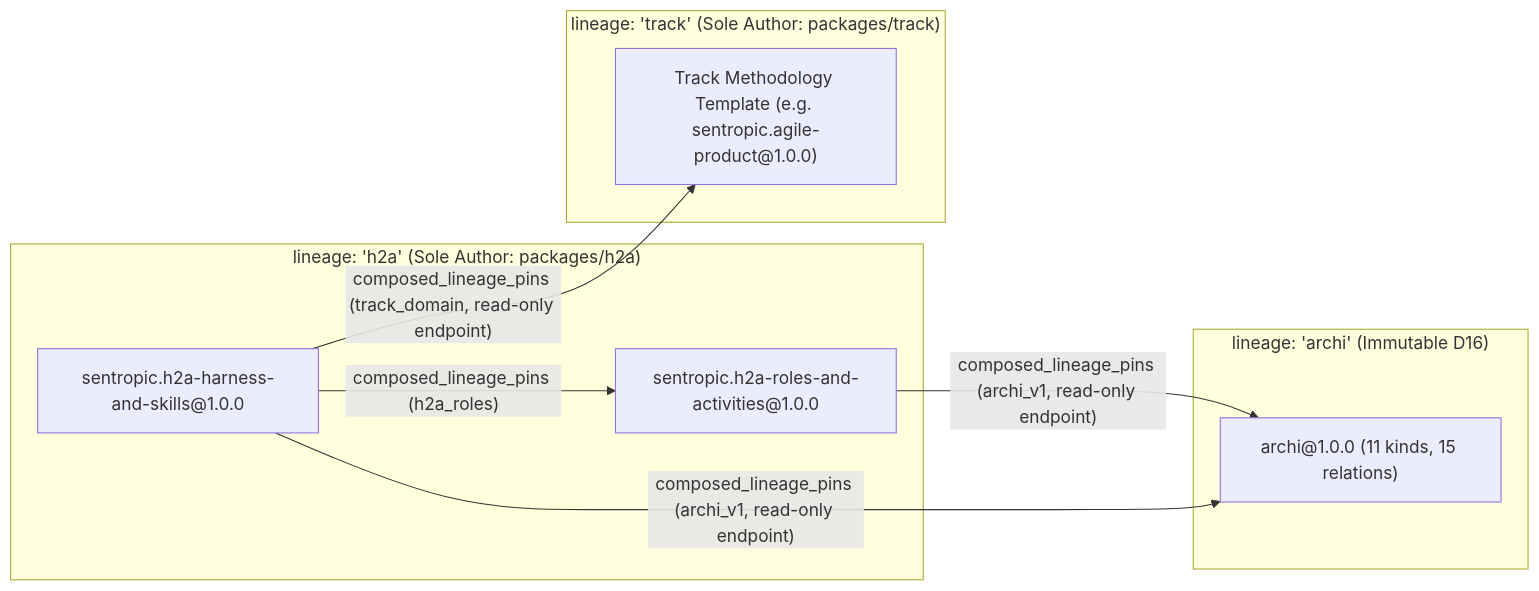
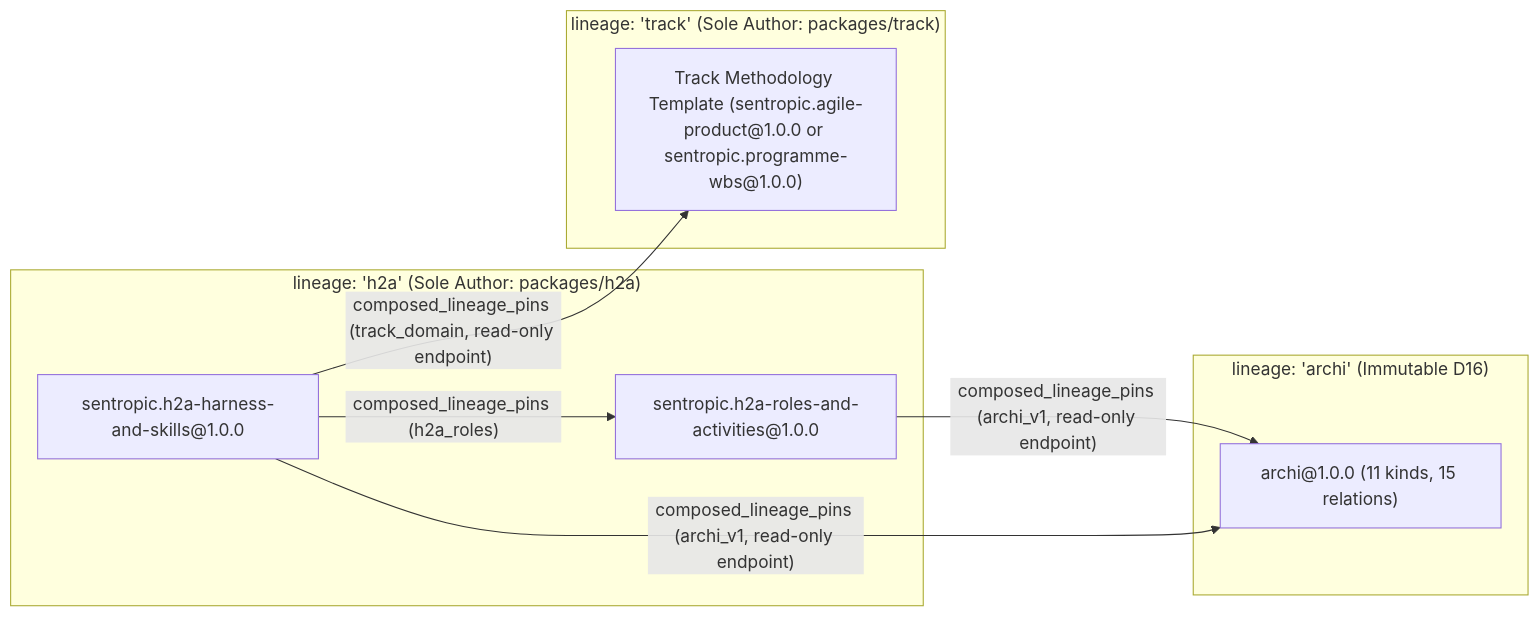
One commit to rhanka/engram changed the first of 2 diagrams in spec/SPEC_ENGRAM_H2A_ROLE_ONTOLOGY_AND_HARNESS_OVERLAYS.md. Above: the diagram before and after it, drawn with Mermaid. The commit also changed other lines of this file and 1 other file, not shown here.

````diff
--- a/spec/SPEC_ENGRAM_H2A_ROLE_ONTOLOGY_AND_HARNESS_OVERLAYS.md
+++ b/spec/SPEC_ENGRAM_H2A_ROLE_ONTOLOGY_AND_HARNESS_OVERLAYS.md
@@ -88,20 +88,20 @@
 ```mermaid
 flowchart LR
     subgraph H2ALineage["lineage: 'h2a' (Sole Author: packages/h2a)"]
         R["sentropic.h2a-roles-and-activities@1.0.0"]
         H["sentropic.h2a-harness-and-skills@1.0.0"]
         H -->|"composed_lineage_pins (h2a_roles)"| R
     end
 
     subgraph ArchiLineage["lineage: 'archi' (Immutable D16)"]
         A["archi@1.0.0 (11 kinds, 15 relations)"]
     end
 
     subgraph TrackLineage["lineage: 'track' (Sole Author: packages/track)"]
-        T["Track Methodology Template (e.g. sentropic.agile-product@1.0.0)"]
+        T["Track Methodology Template (sentropic.agile-product@1.0.0 or sentropic.programme-wbs@1.0.0)"]
     end
 
     R -->|"composed_lineage_pins (archi_v1, read-only endpoint)"| A
     H -->|"composed_lineage_pins (archi_v1, read-only endpoint)"| A
     H -->|"composed_lineage_pins (track_domain, read-only endpoint)"| T
 ```
````
